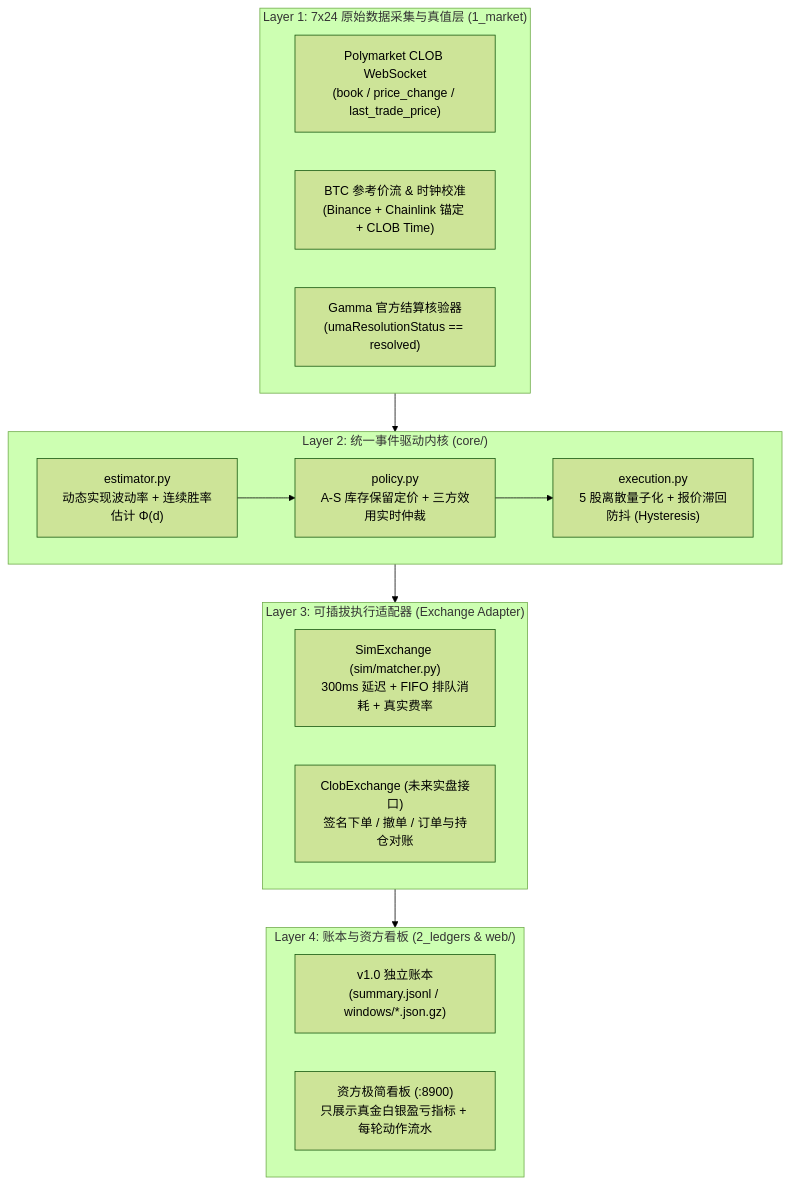
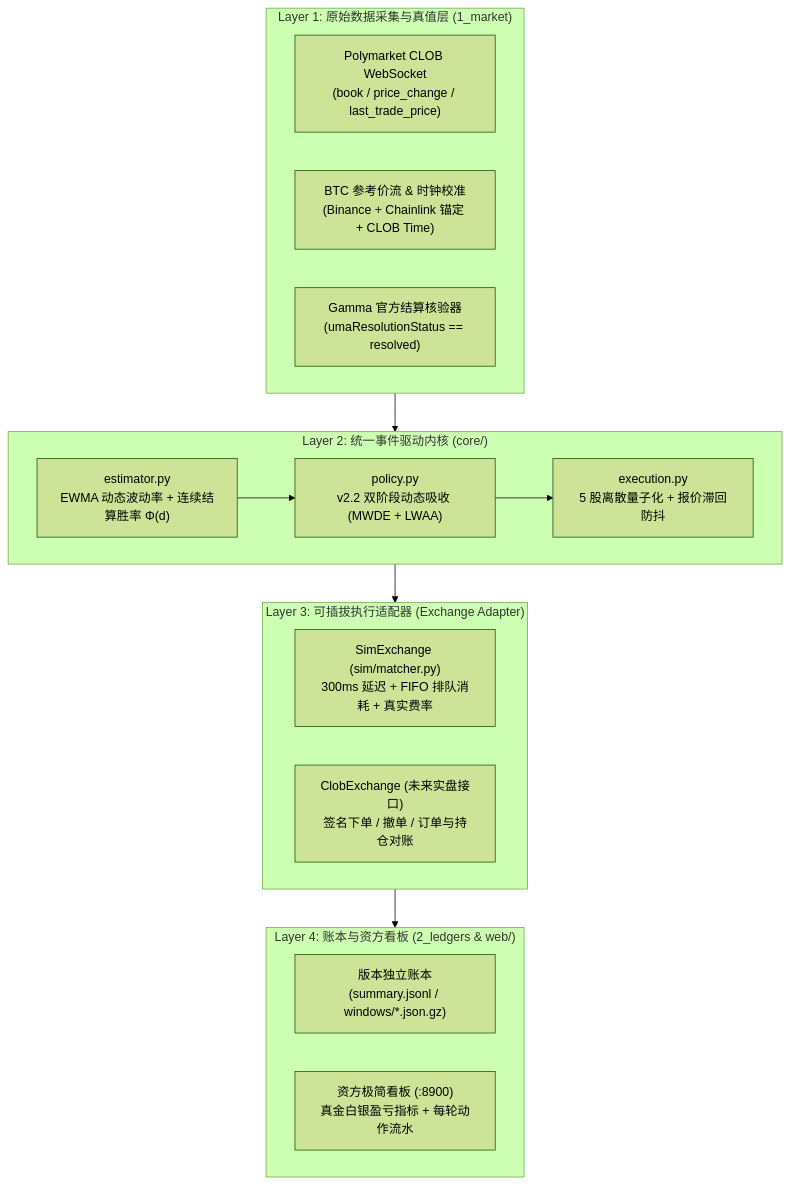
Before and after one commit to MeinSchicksal/PM-Quant: the diagram in PLAN.md, drawn with Mermaid (forest theme). The commit also changed other lines of this file and 25 other files, not shown here.

````diff
--- a/PLAN.md
+++ b/PLAN.md
@@ -53,29 +19,29 @@
 ```mermaid
 flowchart TD
-    subgraph L1["Layer 1: 7x24 原始数据采集与真值层 (1_market)"]
+    subgraph L1["Layer 1: 原始数据采集与真值层 (1_market)"]
         WS["Polymarket CLOB WebSocket<br/>(book / price_change / last_trade_price)"]
         OR["BTC 参考价流 & 时钟校准<br/>(Binance + Chainlink 锚定 + CLOB Time)"]
         GM["Gamma 官方结算核验器<br/>(umaResolutionStatus == resolved)"]
     end
 
     subgraph L2["Layer 2: 统一事件驱动内核 (core/)"]
-        EST["estimator.py<br/>动态实现波动率 + 连续胜率估计 Φ(d)"]
-        POL["policy.py<br/>A-S 库存保留定价 + 三方效用实时仲裁"]
-        EXE["execution.py<br/>5 股离散量子化 + 报价滞回防抖 (Hysteresis)"]
+        EST["estimator.py<br/>EWMA 动态波动率 + 连续结算胜率 Φ(d)"]
+        POL["policy.py<br/>v2.2 双阶段动态吸收 (MWDE + LWAA)"]
+        EXE["execution.py<br/>5 股离散量子化 + 报价滞回防抖"]
         EST --> POL --> EXE
     end
 
     subgraph L3["Layer 3: 可插拔执行适配器 (Exchange Adapter)"]
         SIM["SimExchange (sim/matcher.py)<br/>300ms 延迟 + FIFO 排队消耗 + 真实费率"]
         LIVE["ClobExchange (未来实盘接口)<br/>签名下单 / 撤单 / 订单与持仓对账"]
     end
 
     subgraph L4["Layer 4: 账本与资方看板 (2_ledgers & web/)"]
-        LED["v1.0 独立账本<br/>(summary.jsonl / windows/*.json.gz)"]
-        WEB["资方极简看板 (:8900)<br/>只展示真金白银盈亏指标 + 每轮动作流水"]
+        LED["版本独立账本<br/>(summary.jsonl / windows/*.json.gz)"]
+        WEB["资方极简看板 (:8900)<br/>真金白银盈亏指标 + 每轮动作流水"]
     end
 
     L1 --> L2
     L2 --> L3
     L3 --> L4
 ```
````
